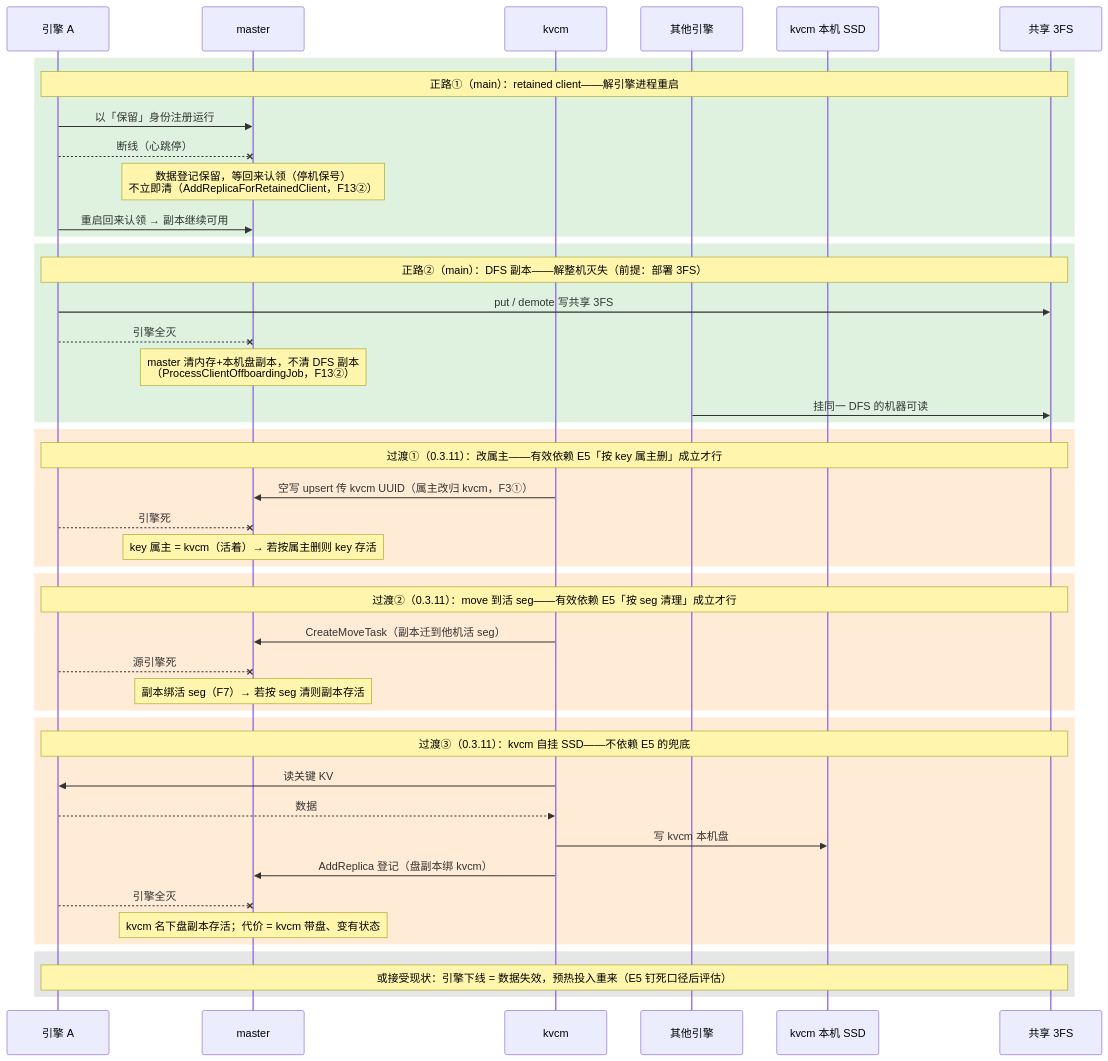
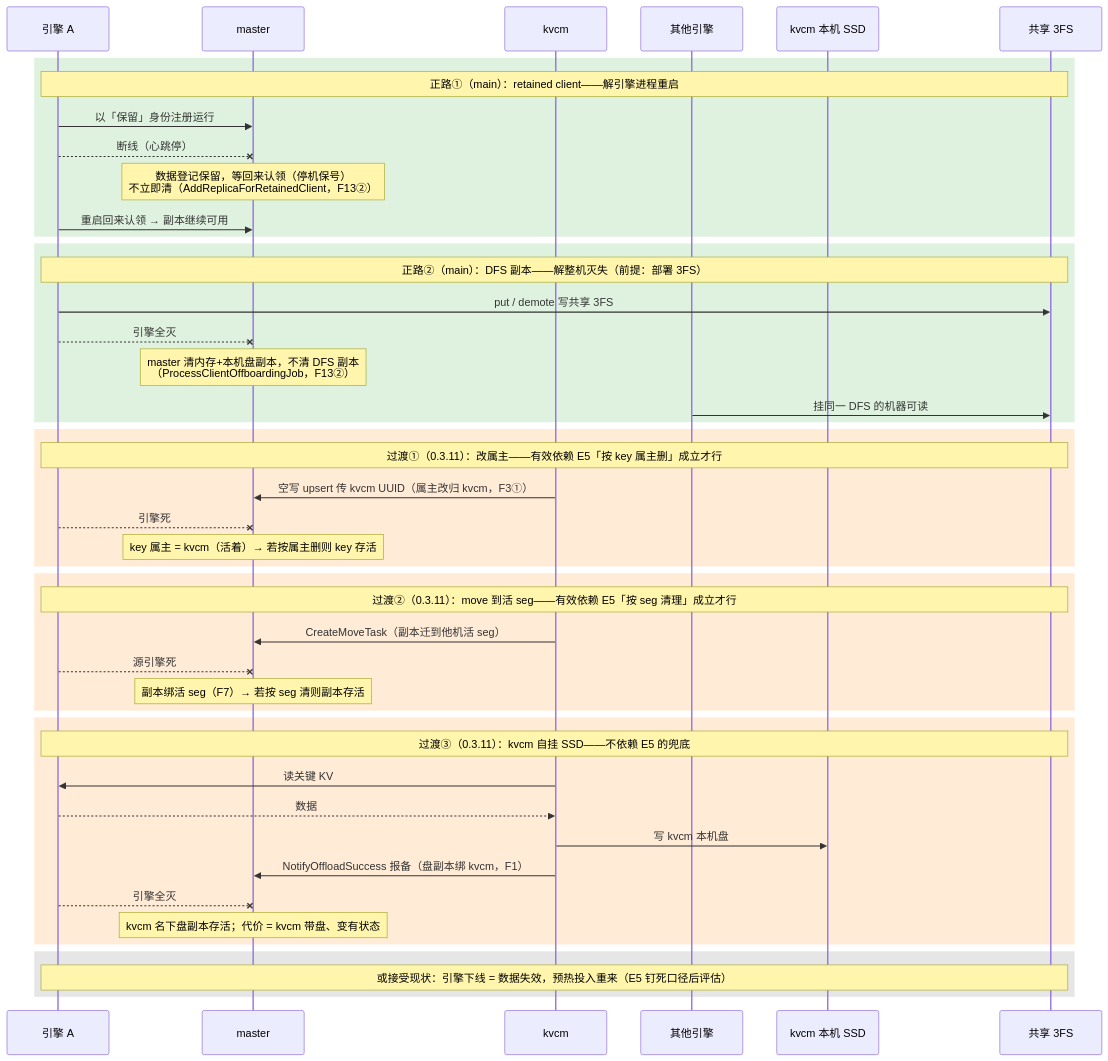
The eighth of 10 diagrams in kvcm/D2-kv-operations.md (5x8-40/lake), drawn with Mermaid before and after one commit. The commit also changed other lines of this file and 1 other file, not shown here.

First line of the commit message:
docs(kvcm): 八项操作机制查缺补漏——池机制利用面全量核实

````diff
--- a/kvcm/D2-kv-operations.md
+++ b/kvcm/D2-kv-operations.md
@@ -538,53 +543,53 @@
 ```mermaid
 sequenceDiagram
     participant E as 引擎 A
     participant M as master
     participant K as kvcm
     participant B as 其他引擎
     participant KS as kvcm 本机 SSD
     participant DFS as 共享 3FS
 
     rect rgb(223, 242, 223)
     Note over E,DFS: 正路①（main）：retained client——解引擎进程重启
     E->>M: 以「保留」身份注册运行
     E--xM: 断线（心跳停）
     Note over M: 数据登记保留，等回来认领（停机保号）<br/>不立即清（AddReplicaForRetainedClient，F13②）
     E->>M: 重启回来认领 → 副本继续可用
     end
 
     rect rgb(223, 242, 223)
     Note over E,DFS: 正路②（main）：DFS 副本——解整机灭失（前提：部署 3FS）
     E->>DFS: put / demote 写共享 3FS
     E--xM: 引擎全灭
     Note over M: master 清内存+本机盘副本，不清 DFS 副本<br/>（ProcessClientOffboardingJob，F13②）
     B->>DFS: 挂同一 DFS 的机器可读
     end
 
     rect rgb(255, 235, 214)
     Note over E,DFS: 过渡①（0.3.11）：改属主——有效依赖 E5「按 key 属主删」成立才行
     K->>M: 空写 upsert 传 kvcm UUID（属主改归 kvcm，F3①）
     E--xM: 引擎死
     Note over M: key 属主 = kvcm（活着）→ 若按属主删则 key 存活
     end
 
     rect rgb(255, 235, 214)
     Note over E,DFS: 过渡②（0.3.11）：move 到活 seg——有效依赖 E5「按 seg 清理」成立才行
     K->>M: CreateMoveTask（副本迁到他机活 seg）
     E--xM: 源引擎死
     Note over M: 副本绑活 seg（F7）→ 若按 seg 清则副本存活
     end
 
     rect rgb(255, 235, 214)
     Note over E,DFS: 过渡③（0.3.11）：kvcm 自挂 SSD——不依赖 E5 的兜底
     K->>E: 读关键 KV
     E-->>K: 数据
     K->>KS: 写 kvcm 本机盘
-    K->>M: AddReplica 登记（盘副本绑 kvcm）
+    K->>M: NotifyOffloadSuccess 报备（盘副本绑 kvcm，F1）
     E--xM: 引擎全灭
     Note over M: kvcm 名下盘副本存活；代价 = kvcm 带盘、变有状态
     end
 
     rect rgb(230, 230, 230)
     Note over E,DFS: 或接受现状：引擎下线 = 数据失效，预热投入重来（E5 钉死口径后评估）
     end
 ```
````
